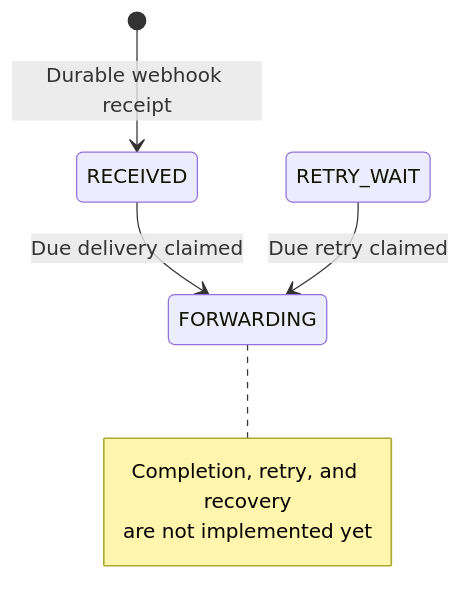
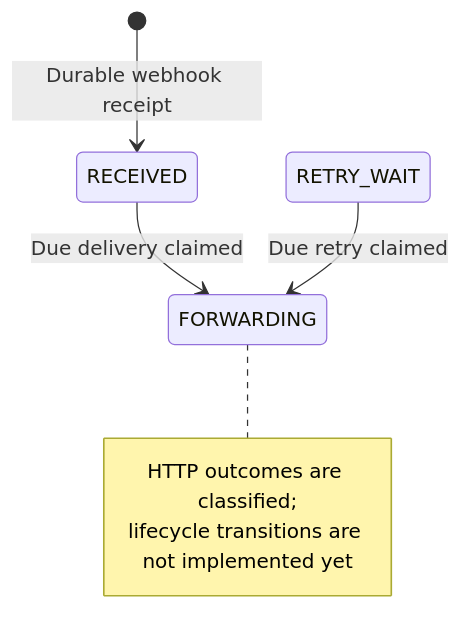
The first of 2 diagrams in docs/gateway-delivery-lifecycle.md (PietroRussoD/commerce-integration-hub), drawn with Mermaid before and after one commit. The commit also changed other lines of this file and 6 other files, not shown here.

````diff
--- a/docs/gateway-delivery-lifecycle.md
+++ b/docs/gateway-delivery-lifecycle.md
@@ -8,11 +9,11 @@
 ```mermaid
 stateDiagram-v2
     [*] --> RECEIVED: Durable webhook receipt
     RECEIVED --> FORWARDING: Due delivery claimed
     RETRY_WAIT --> FORWARDING: Due retry claimed
 
     note right of FORWARDING
-        Completion, retry, and recovery
-        are not implemented yet
+        HTTP outcomes are classified;
+        lifecycle transitions are not implemented yet
     end note
 ```
````
